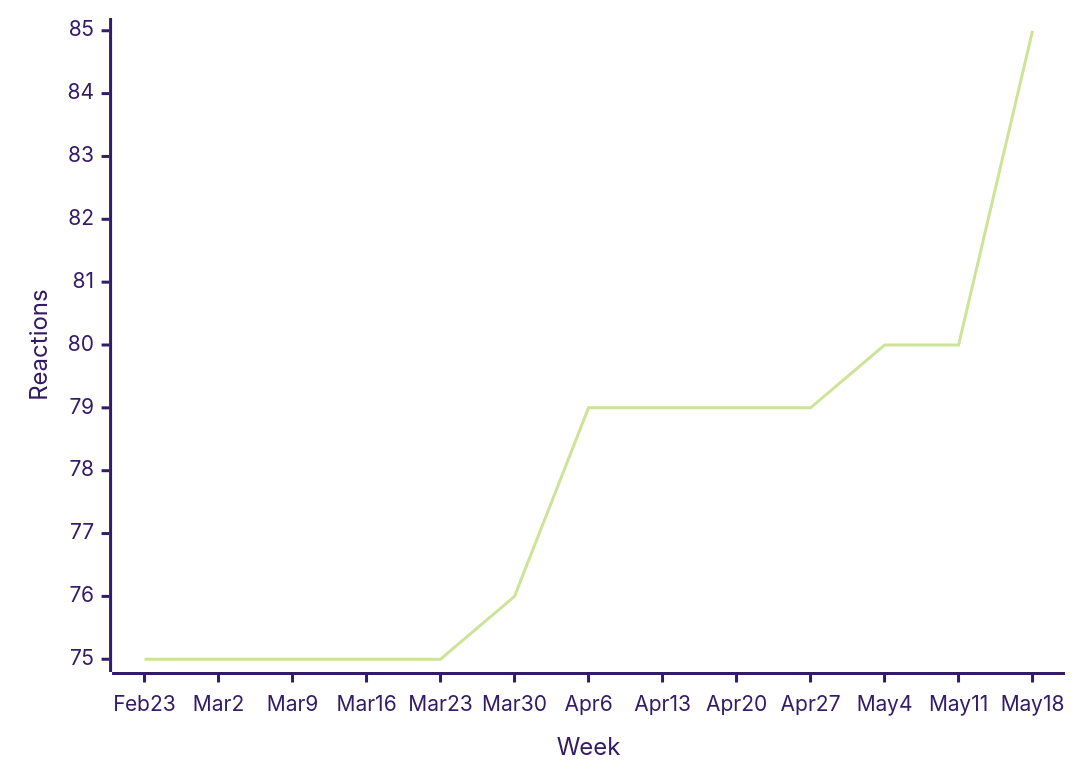
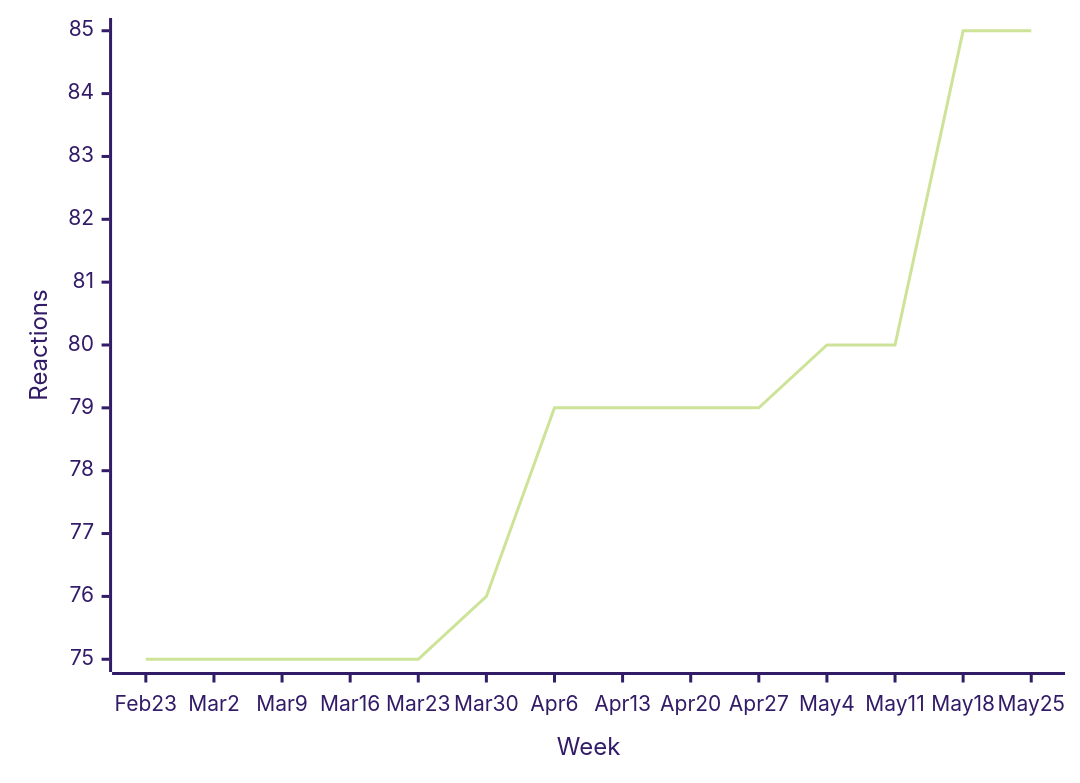
One commit to loic-sharma/github-insights changed diagram 15 of 49 in README.md. Above: the diagram before and after it, drawn with Mermaid (forest theme). The commit also changed other lines of this file and 3 other files, not shown here.

````diff
--- a/README.md
+++ b/README.md
@@ -577,6 +577,6 @@
   ```mermaid
   xychart-beta
-    x-axis "Week" [Feb 23, Mar 2, Mar 9, Mar 16, Mar 23, Mar 30, Apr 6, Apr 13, Apr 20, Apr 27, May 4, May 11, May 18]
+    x-axis "Week" [Feb 23, Mar 2, Mar 9, Mar 16, Mar 23, Mar 30, Apr 6, Apr 13, Apr 20, Apr 27, May 4, May 11, May 18, May 25]
     y-axis "Reactions"
-    line [75, 75, 75, 75, 75, 76, 79, 79, 79, 79, 80, 80, 85]
+    line [75, 75, 75, 75, 75, 76, 79, 79, 79, 79, 80, 80, 85, 85]
   ```
````
